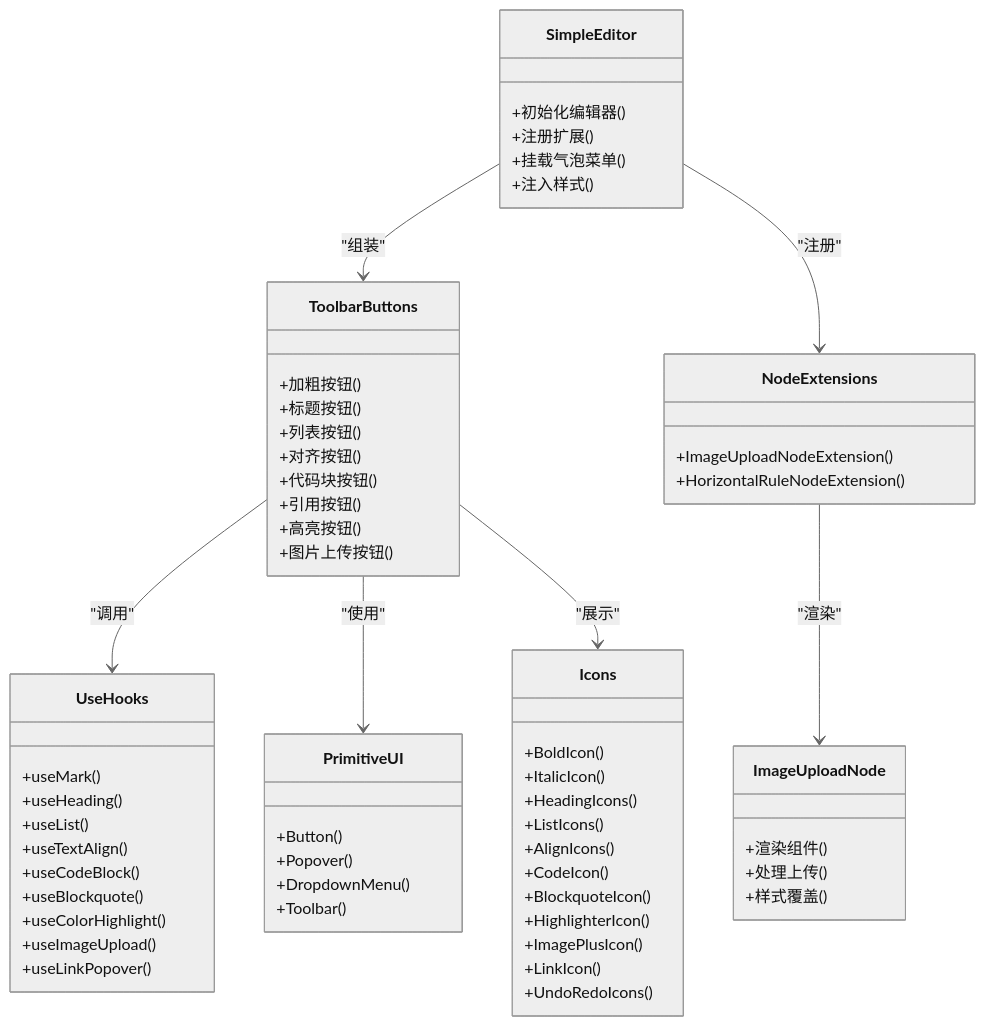
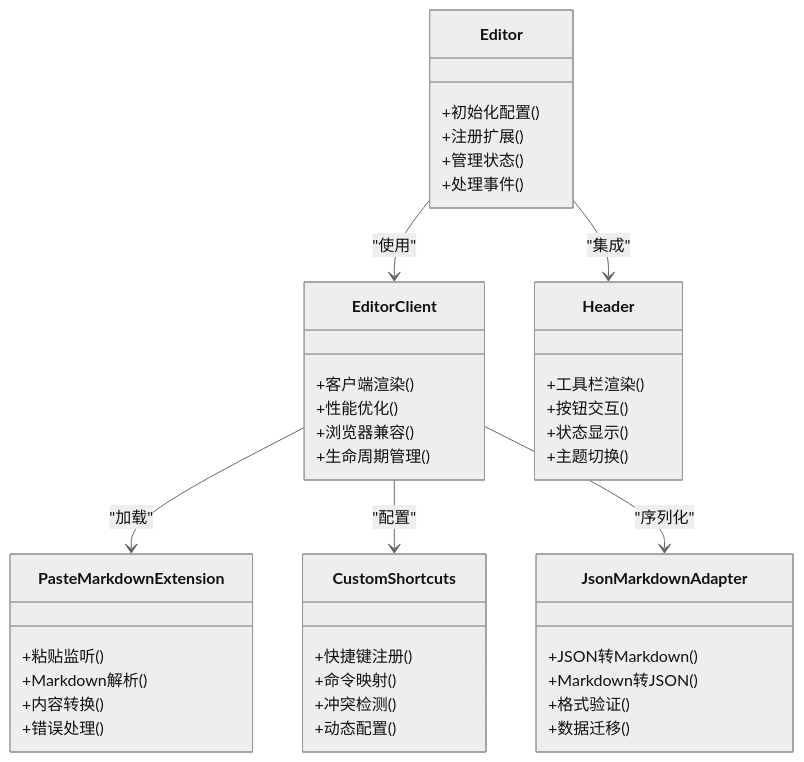
Before and after one commit to gzdxhujiale/FishWorker: the second of 7 diagrams in .qoder/repowiki/zh/content/TipTap 编辑器系统/TipTap 编辑器系统.md, drawn with Mermaid (neutral theme). The commit also changed other lines of this file and 19 other files, not shown here.

````diff
--- a/.qoder/repowiki/zh/content/TipTap 编辑器系统/TipTap 编辑器系统.md
+++ b/.qoder/repowiki/zh/content/TipTap 编辑器系统/TipTap 编辑器系统.md
@@ -241,64 +124,44 @@
 ```mermaid
 classDiagram
-class SimpleEditor {
-+初始化编辑器()
+class Editor {
++初始化配置()
 +注册扩展()
-+挂载气泡菜单()
-+注入样式()
++管理状态()
++处理事件()
 }
-class ToolbarButtons {
-+加粗按钮()
-+标题按钮()
-+列表按钮()
-+对齐按钮()
-+代码块按钮()
-+引用按钮()
-+高亮按钮()
-+图片上传按钮()
+class EditorClient {
++客户端渲染()
++性能优化()
++浏览器兼容()
++生命周期管理()
 }
-class UseHooks {
-+useMark()
-+useHeading()
-+useList()
-+useTextAlign()
-+useCodeBlock()
-+useBlockquote()
-+useColorHighlight()
-+useImageUpload()
-+useLinkPopover()
+class Header {
++工具栏渲染()
++按钮交互()
++状态显示()
++主题切换()
 }
-class PrimitiveUI {
-+Button()
-+Popover()
-+DropdownMenu()
-+Toolbar()
+class PasteMarkdownExtension {
++粘贴监听()
++Markdown解析()
++内容转换()
++错误处理()
 }
-class Icons {
-+BoldIcon()
-+ItalicIcon()
-+HeadingIcons()
-+ListIcons()
-+AlignIcons()
-+CodeIcon()
-+BlockquoteIcon()
-+HighlighterIcon()
-+ImagePlusIcon()
-+LinkIcon()
-+UndoRedoIcons()
+class CustomShortcuts {
++快捷键注册()
++命令映射()
++冲突检测()
++动态配置()
 }
-class NodeExtensions {
-+ImageUploadNodeExtension()
-+HorizontalRuleNodeExtension()
+class JsonMarkdownAdapter {
++JSON转Markdown()
++Markdown转JSON()
++格式验证()
++数据迁移()
 }
-class ImageUploadNode {
-+渲染组件()
-+处理上传()
-+样式覆盖()
-}
-SimpleEditor --> ToolbarButtons : "组装"
-ToolbarButtons --> UseHooks : "调用"
-ToolbarButtons --> PrimitiveUI : "使用"
-ToolbarButtons --> Icons : "展示"
-SimpleEditor --> NodeExtensions : "注册"
-NodeExtensions --> ImageUploadNode : "渲染"
+Editor --> EditorClient : "使用"
+Editor --> Header : "集成"
+EditorClient --> PasteMarkdownExtension : "加载"
+EditorClient --> CustomShortcuts : "配置"
+EditorClient --> JsonMarkdownAdapter : "序列化"
 ```
````
